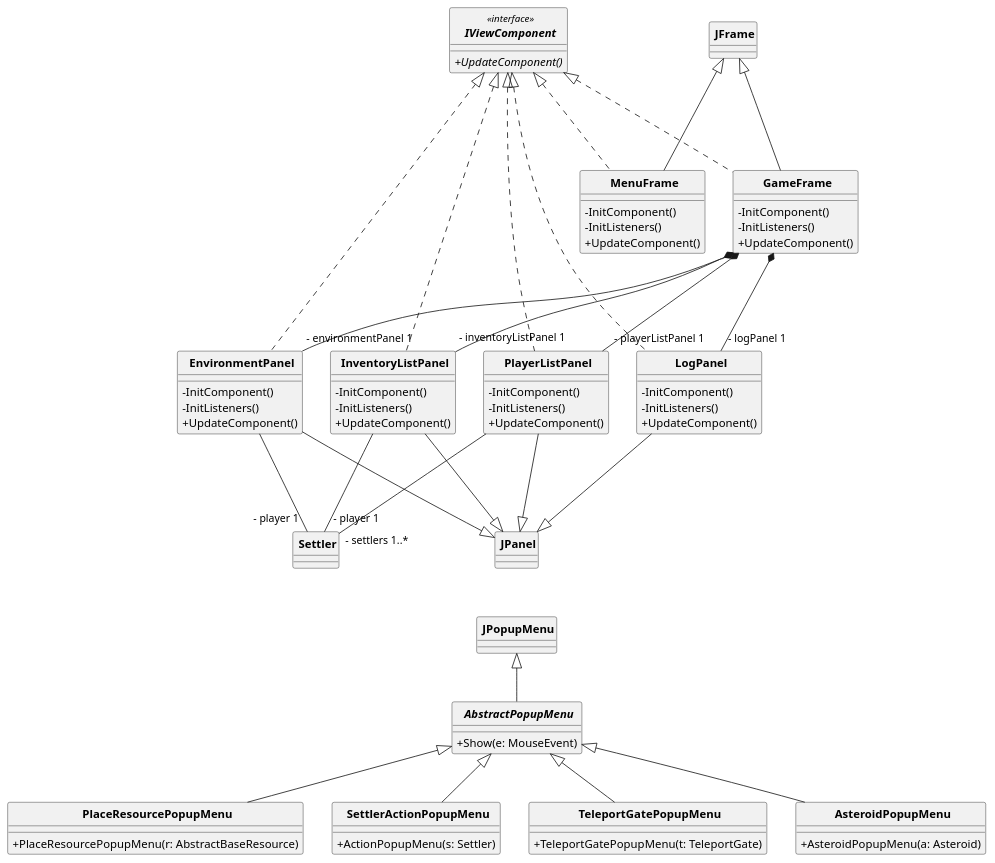
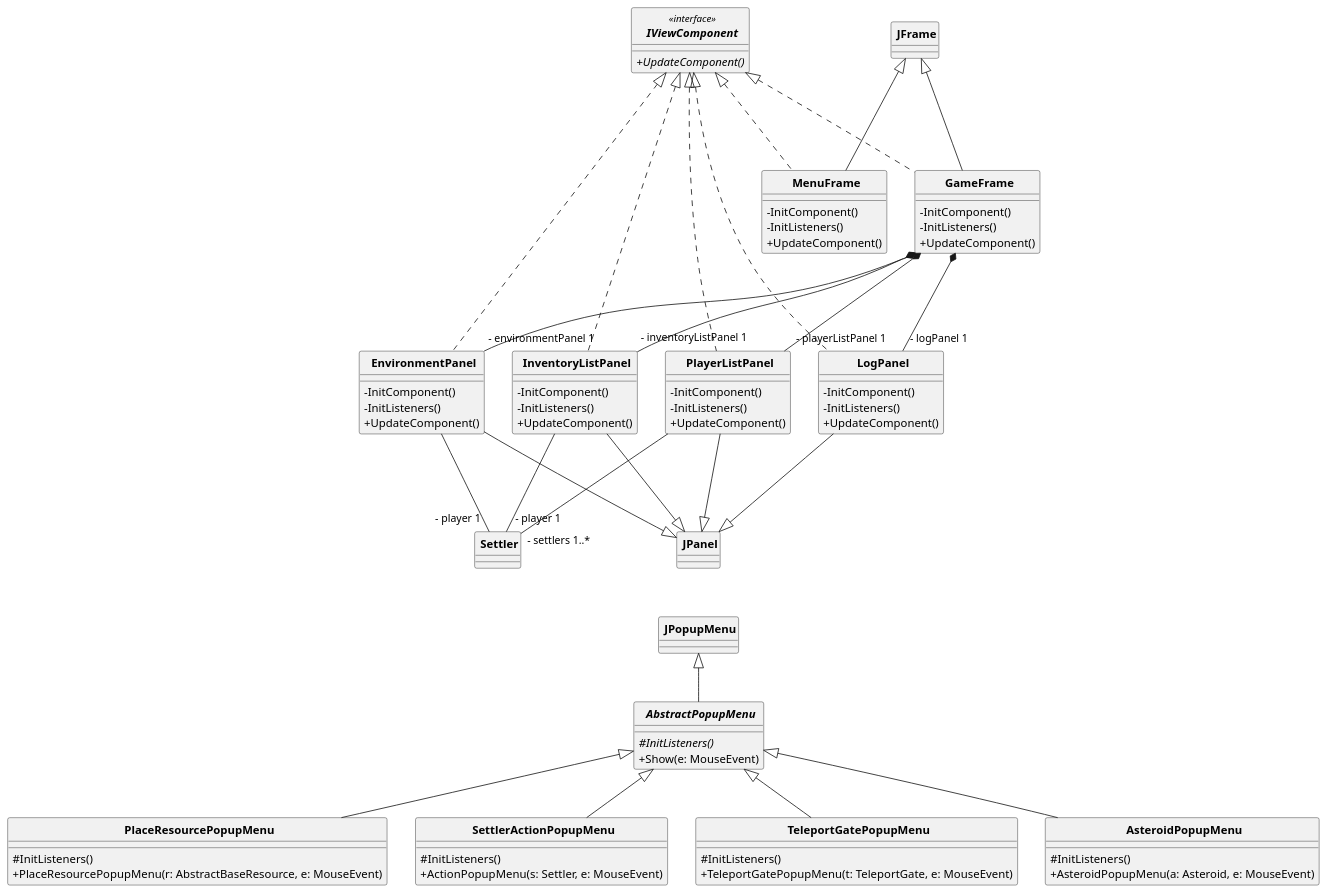
Before and after one commit to triszt4n/projlab_holy_oil: the diagram in uml/class_diagrams/gui_class.plantuml, drawn with PlantUML.

Commit message:
Rename class

```diff
--- a/uml/class_diagrams/gui_class.plantuml
+++ b/uml/class_diagrams/gui_class.plantuml
@@ -1,117 +1,122 @@
 @startuml classdiagram
 
 skinparam ClassAttributeIconSize 0
 skinparam CircledCharacterRadius 0
 skinparam CircledCharacterFontSize 0
 skinparam ClassFontStyle bold
 
 class JFrame {}
 class JPanel {}
 class JPopupMenu {}
 
 ' package: viewcomponents
 interface IViewComponent << interface >> {
   {abstract} + UpdateComponent()
 }
 
 together {
   class MenuFrame {
     - InitComponent()
     - InitListeners()
     + UpdateComponent()
   }
 
   class GameFrame {
     - InitComponent()
     - InitListeners()
     + UpdateComponent()
   }
 }
 
 together {
   class EnvironmentPanel {
     - InitComponent()
     - InitListeners()
     + UpdateComponent()
   }
 
   class InventoryListPanel {
     - InitComponent()
     - InitListeners()
     + UpdateComponent()
   }
 
   class PlayerListPanel {
     - InitComponent()
     - InitListeners()
     + UpdateComponent()
   }
 
   class LogPanel {
     - InitComponent()
     - InitListeners()
     + UpdateComponent()
   }
 }
 
 abstract class AbstractPopupMenu {
+  {abstract}# InitListeners()
   + Show(e: MouseEvent)
 }
 
 together {
   class AsteroidPopupMenu {
-    + AsteroidPopupMenu(a: Asteroid)
+    # InitListeners()
+    + AsteroidPopupMenu(a: Asteroid, e: MouseEvent)
   }
 
   class TeleportGatePopupMenu {
-    + TeleportGatePopupMenu(t: TeleportGate)
+    # InitListeners()
+    + TeleportGatePopupMenu(t: TeleportGate, e: MouseEvent)
   }
 
   class SettlerActionPopupMenu {
-    + ActionPopupMenu(s: Settler)
+    # InitListeners()
+    + ActionPopupMenu(s: Settler, e: MouseEvent)
   }
 
   class PlaceResourcePopupMenu {
-    + PlaceResourcePopupMenu(r: AbstractBaseResource)
+    # InitListeners()
+    + PlaceResourcePopupMenu(r: AbstractBaseResource, e: MouseEvent)
   }
 }
 
 ' Interface realizations
 GameFrame .up..|> IViewComponent
 MenuFrame .up..|> IViewComponent
 EnvironmentPanel .up..|> IViewComponent
 InventoryListPanel .up..|> IViewComponent
 PlayerListPanel .up..|> IViewComponent
 LogPanel .up..|> IViewComponent
 
 ' Inheritance
 GameFrame -up--|> JFrame
 MenuFrame -up--|> JFrame
 
 EnvironmentPanel -down--|> JPanel
 InventoryListPanel -down--|> JPanel
 PlayerListPanel -down--|> JPanel
 LogPanel -down--|> JPanel
 
 AbstractPopupMenu -up-|> JPopupMenu
 AsteroidPopupMenu -up-|> AbstractPopupMenu
 TeleportGatePopupMenu -up-|> AbstractPopupMenu
 SettlerActionPopupMenu -up-|> AbstractPopupMenu
 PlaceResourcePopupMenu -up-|> AbstractPopupMenu
 
 ' This is for better display
 JPopupMenu -[hidden]up-> JPanel
 
 ' Associations
 GameFrame *--- "- environmentPanel 1" EnvironmentPanel
 GameFrame *--- "- inventoryListPanel 1" InventoryListPanel
 GameFrame *--- "- playerListPanel 1" PlayerListPanel
 GameFrame *--- "- logPanel 1" LogPanel
 
 InventoryListPanel --- "- player 1" Settler
 PlayerListPanel --- "- settlers 1..*" Settler
 EnvironmentPanel --- "- player 1" Settler
 ' Ez a fenti majd kódolásnál felesleges
 ' Turncontroller --> state machine: ki van soron a lépésnél?
 
 @enduml
```
